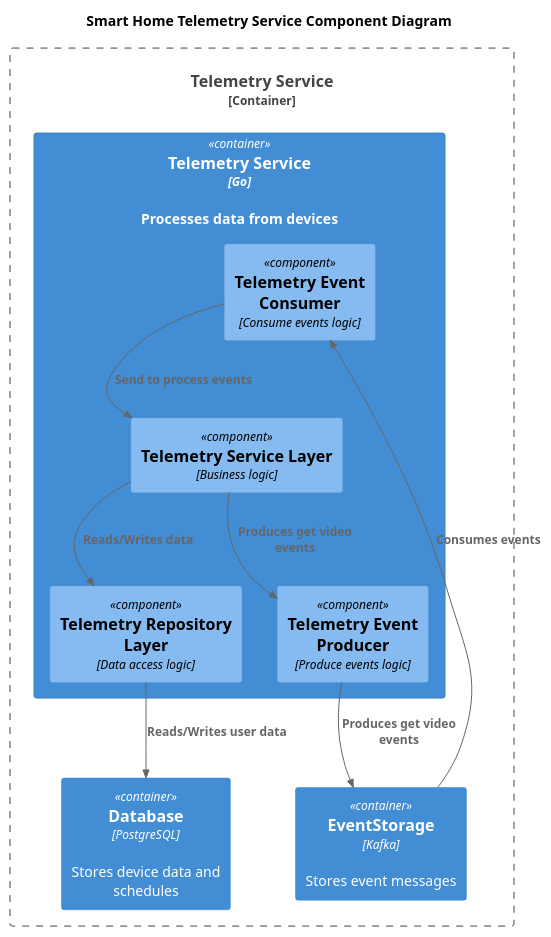
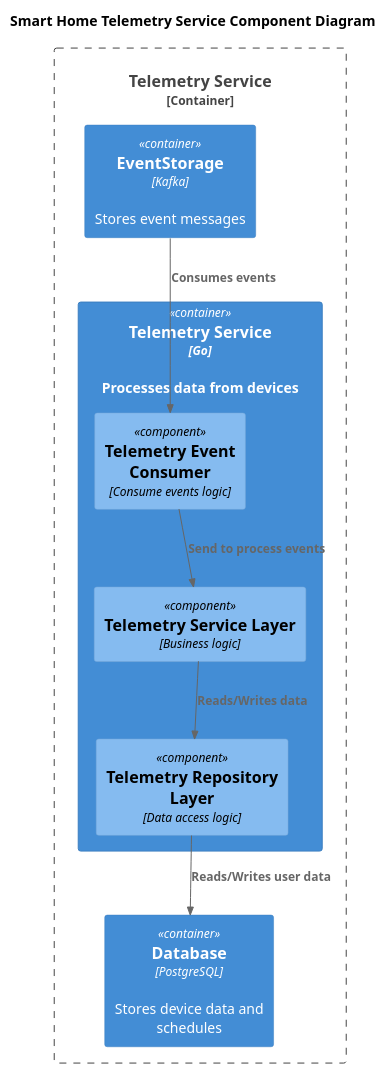
Before and after one commit to art-respublica/architecture-pro-warmhouse: the diagram in diagrams/component_telemetry_to_be.puml, drawn with PlantUML. The commit also changed 3 other files, not shown here.

```diff
--- a/diagrams/component_telemetry_to_be.puml
+++ b/diagrams/component_telemetry_to_be.puml
@@ -1,30 +1,27 @@
 @startuml
 title Smart Home Telemetry Service Component Diagram
 
 top to bottom direction
 
 !includeurl https://raw.githubusercontent.com/RicardoNiepel/C4-PlantUML/master/C4_Component.puml
 
 Container_Boundary(TelemetryServiceContainer, "Telemetry Service") {
   Container(TelemetryService, "Telemetry Service", "Go", "Processes data from devices")
   Container(Database, "Database", "PostgreSQL", "Stores device data and schedules")
   Container(EventStorage, "EventStorage", "Kafka", "Stores event messages")
 }
 
 Container(TelemetryService, "Telemetry Service", "Go") {
   Component(TelemetryServiceLayer, "Telemetry Service Layer", "Business logic")
   Component(TelemetryRepositoryLayer, "Telemetry Repository Layer", "Data access logic")
   Component(TelemetryEventConsumer, "Telemetry Event Consumer", "Consume events logic")
-  Component(TelemetryEventProducer, "Telemetry Event Producer", "Produce events logic")
 }
 
 Rel(EventStorage,TelemetryEventConsumer,"Consumes events")
 Rel(TelemetryEventConsumer,TelemetryServiceLayer,"Send to process events")
 
 Rel(TelemetryServiceLayer,TelemetryRepositoryLayer,"Reads/Writes data")
-Rel(TelemetryServiceLayer,TelemetryEventProducer,"Produces get video events")
 
 Rel(TelemetryRepositoryLayer,Database,"Reads/Writes user data")
-Rel(TelemetryEventProducer,EventStorage,"Produces get video events")
 
 @enduml
```
